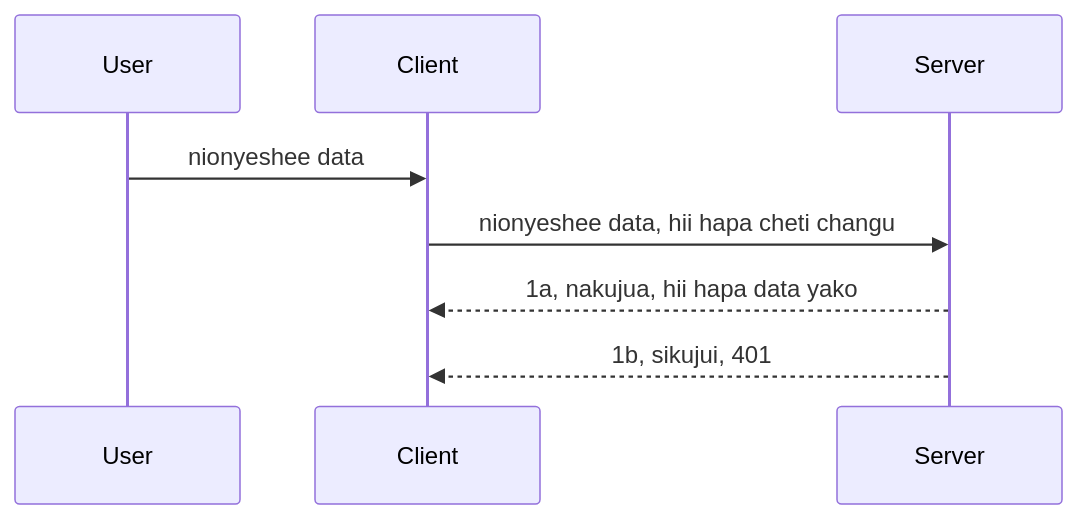
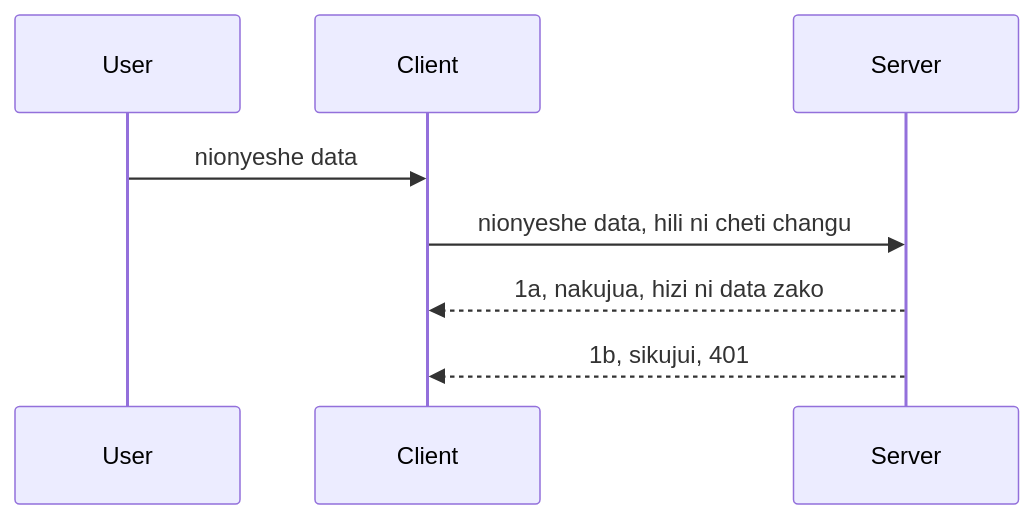
Before and after one commit to HIDORAKAI002/ai-workspace-archive: the diagram in mcp_ecosystem__model_context_protocol/mcp_learning_resources/mcp-for-beginners/translations/sw/03-GettingStarted/11-simple-auth/README.md, drawn with Mermaid. The commit also changed other lines of this file and 1160 other files, not shown here.

````diff
--- a/mcp_ecosystem__model_context_protocol/mcp_learning_resources/mcp-for-beginners/translations/sw/03-GettingStarted/11-simple-auth/README.md
+++ b/mcp_ecosystem__model_context_protocol/mcp_learning_resources/mcp-for-beginners/translations/sw/03-GettingStarted/11-simple-auth/README.md
@@ -24,11 +24,11 @@
 ```mermaid
 sequenceDiagram
    participant User
    participant Client
    participant Server
 
-   User->>Client: nionyeshee data
-   Client->>Server: nionyeshee data, hii hapa cheti changu
-   Server-->>Client: 1a, nakujua, hii hapa data yako
+   User->>Client: nionyeshe data
+   Client->>Server: nionyeshe data, hili ni cheti changu
+   Server-->>Client: 1a, nakujua, hizi ni data zako
    Server-->>Client: 1b, sikujui, 401 
 ```
````
